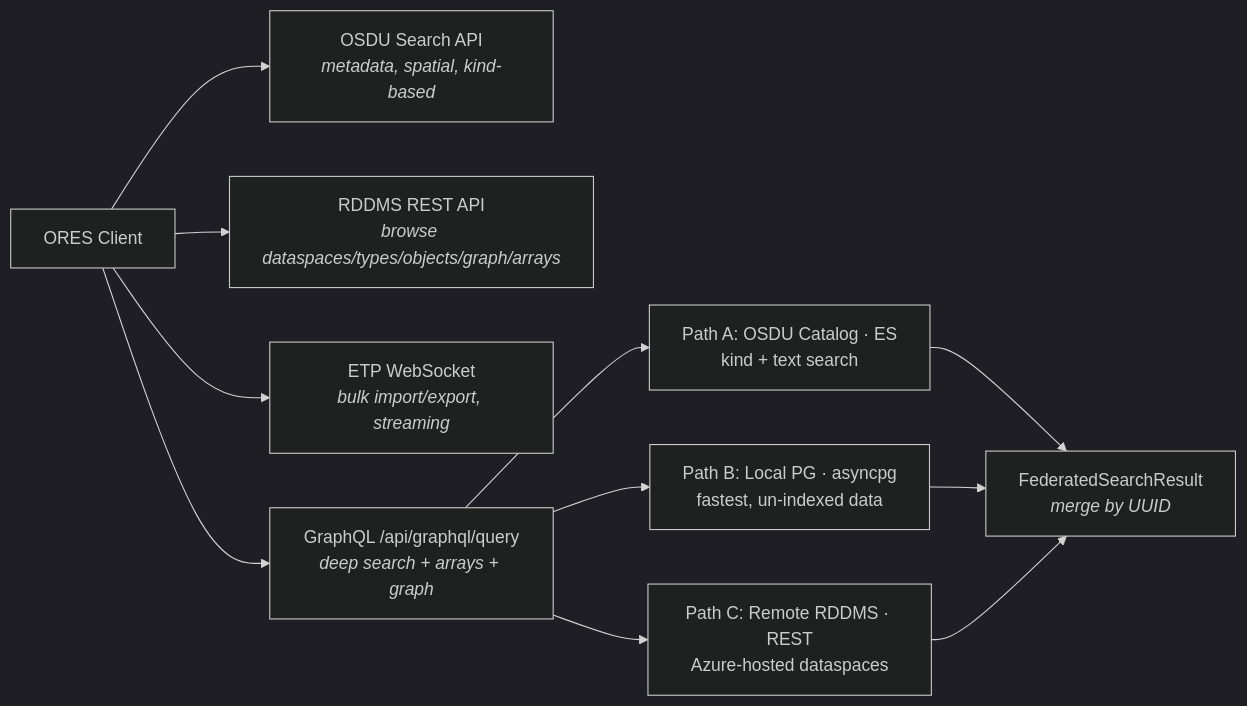
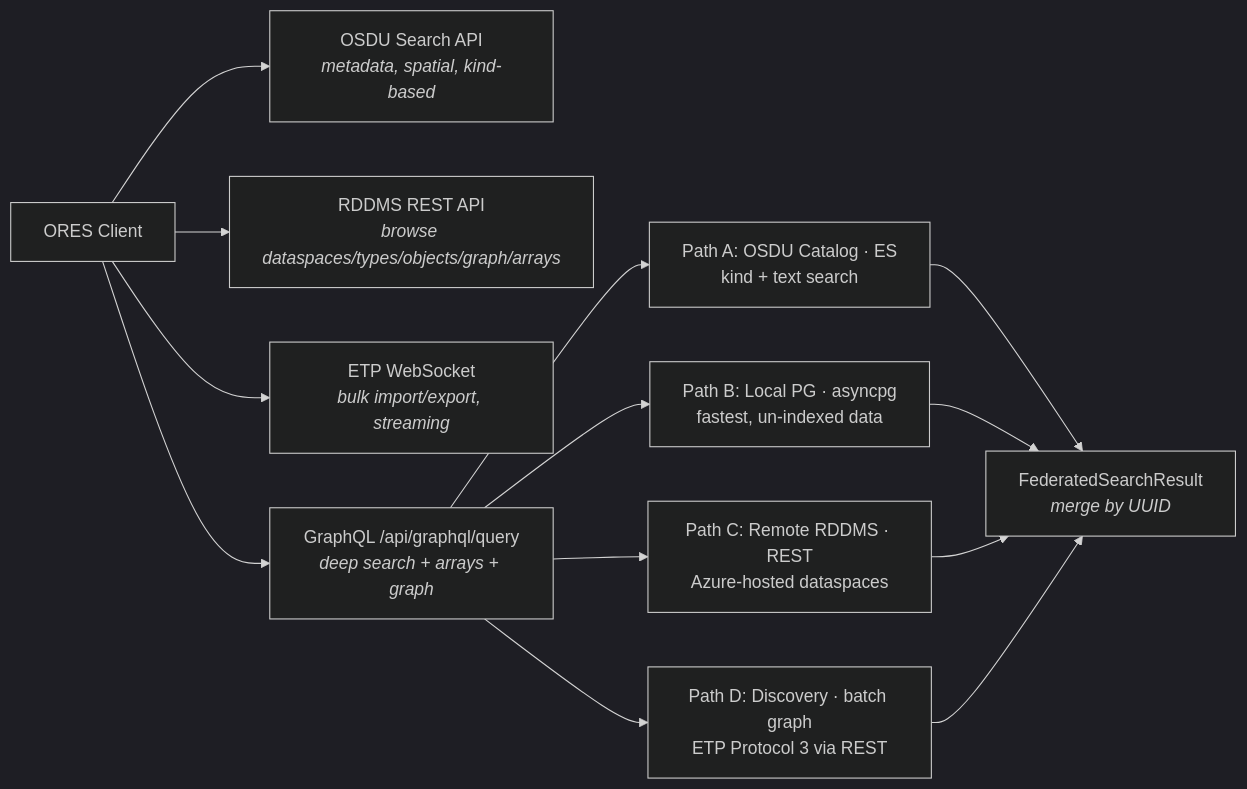
The diagram in md/Query.md (marcusapel/ores), drawn with Mermaid (dark theme) before and after one commit. The commit also changed other lines of this file and 2 other files, not shown here.

First line of the commit message:
feat(graphql): add Discovery backend for deep search (MR 271 prep)

````diff
--- a/md/Query.md
+++ b/md/Query.md
@@ -7,13 +7,15 @@
 ```mermaid
 graph LR
   C["ORES Client"] --> OSDU["OSDU Search API<br/><i>metadata, spatial, kind-based</i>"]
   C --> REST["RDDMS REST API<br/><i>browse dataspaces/types/objects/graph/arrays</i>"]
   C --> ETP["ETP WebSocket<br/><i>bulk import/export, streaming</i>"]
   C --> GQL["GraphQL /api/graphql/query<br/><i>deep search + arrays + graph</i>"]
   GQL --> A["Path A: OSDU Catalog · ES<br/>kind + text search"]
   GQL --> B["Path B: Local PG · asyncpg<br/>fastest, un-indexed data"]
   GQL --> Cr["Path C: Remote RDDMS · REST<br/>Azure-hosted dataspaces"]
+  GQL --> D["Path D: Discovery · batch graph<br/>ETP Protocol 3 via REST"]
   A --> F["FederatedSearchResult<br/><i>merge by UUID</i>"]
   B --> F
   Cr --> F
+  D --> F
 ```
````
